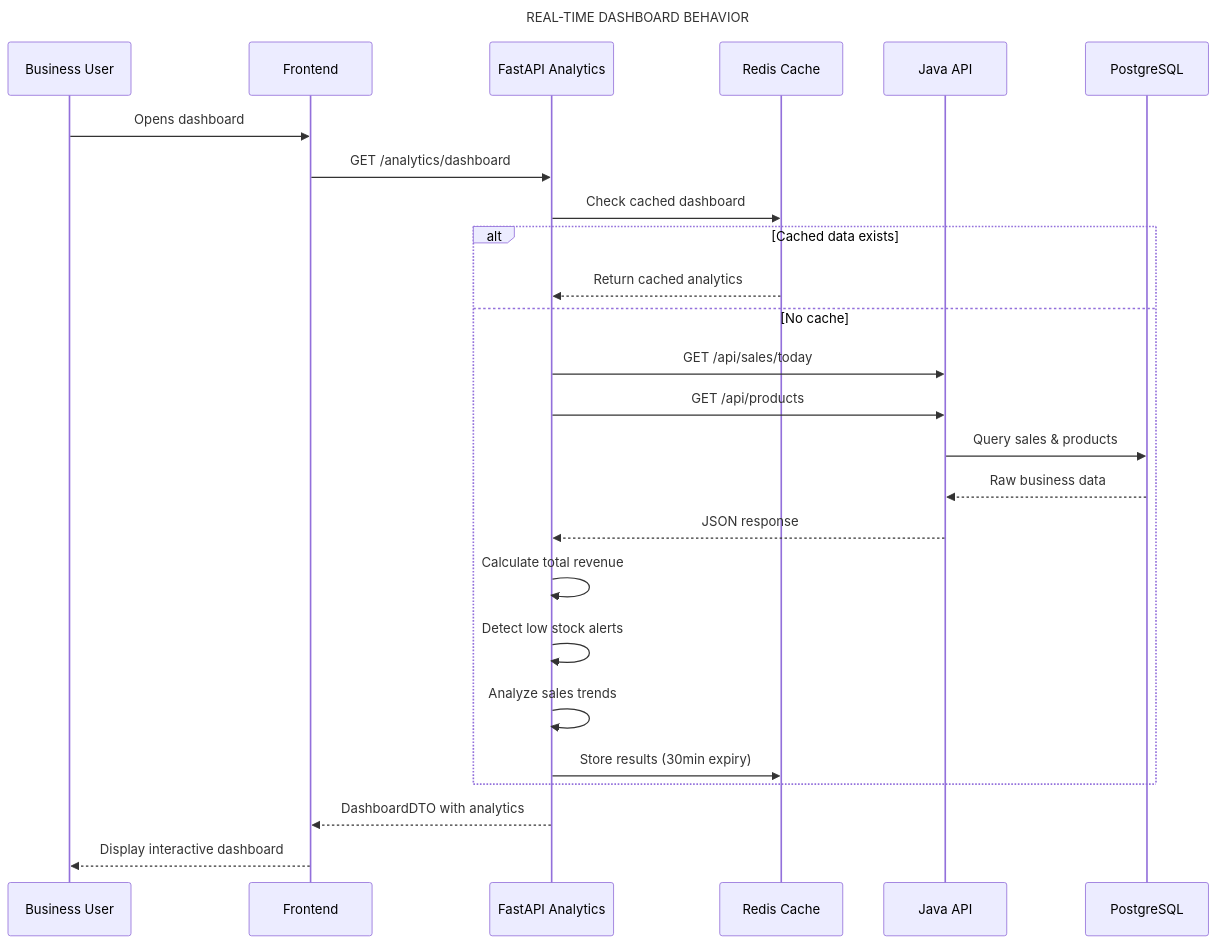
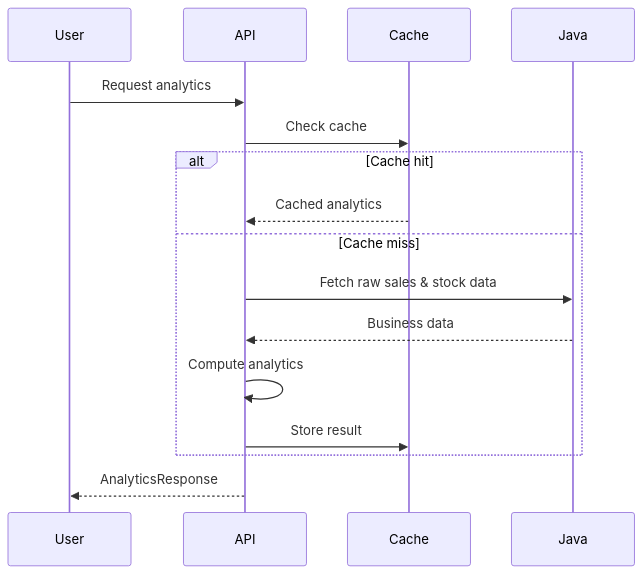
One commit to rado4002/-SalesFlow-Lite changed the ninth of 10 diagrams in backend-python/docs/SOFTWAREE DESIGN.md. Above: the diagram before and after it, drawn with Mermaid. The commit also changed other lines of this file, not shown here.

````diff
--- a/backend-python/docs/SOFTWAREE DESIGN.md
+++ b/backend-python/docs/SOFTWAREE DESIGN.md
@@ -409,30 +305,19 @@
 ```mermaid
 sequenceDiagram
-    title REAL-TIME DASHBOARD BEHAVIOR
+    participant User
+    participant API
+    participant Cache
+    participant Java
 
-    participant User as Business User
-    participant Front as Frontend
-    participant API as FastAPI Analytics
-    participant Cache as Redis Cache
-    participant Java as Java API
-    participant DB as PostgreSQL
-
-    User->>Front: Opens dashboard
-    Front->>API: GET /analytics/dashboard
-    API->>Cache: Check cached dashboard
-    alt Cached data exists
-        Cache-->>API: Return cached analytics
-    else No cache
-        API->>Java: GET /api/sales/today
-        API->>Java: GET /api/products
-        Java->>DB: Query sales & products
-        DB-->>Java: Raw business data
-        Java-->>API: JSON response
-        API->>API: Calculate total revenue
-        API->>API: Detect low stock alerts
-        API->>API: Analyze sales trends
-        API->>Cache: Store results (30min expiry)
+    User->>API: Request analytics
+    API->>Cache: Check cache
+    alt Cache hit
+        Cache-->>API: Cached analytics
+    else Cache miss
+        API->>Java: Fetch raw sales & stock data
+        Java-->>API: Business data
+        API->>API: Compute analytics
+        API->>Cache: Store result
     end
-    API-->>Front: DashboardDTO with analytics
-    Front-->>User: Display interactive dashboard
+    API-->>User: AnalyticsResponse
 ```
````
